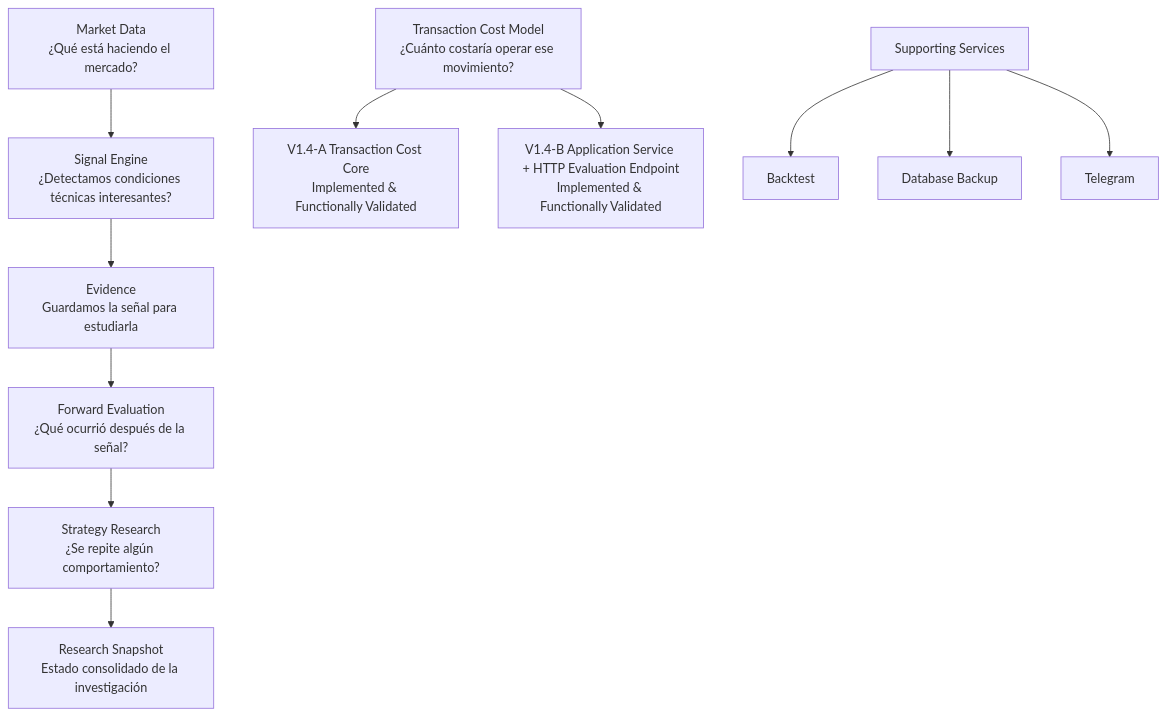
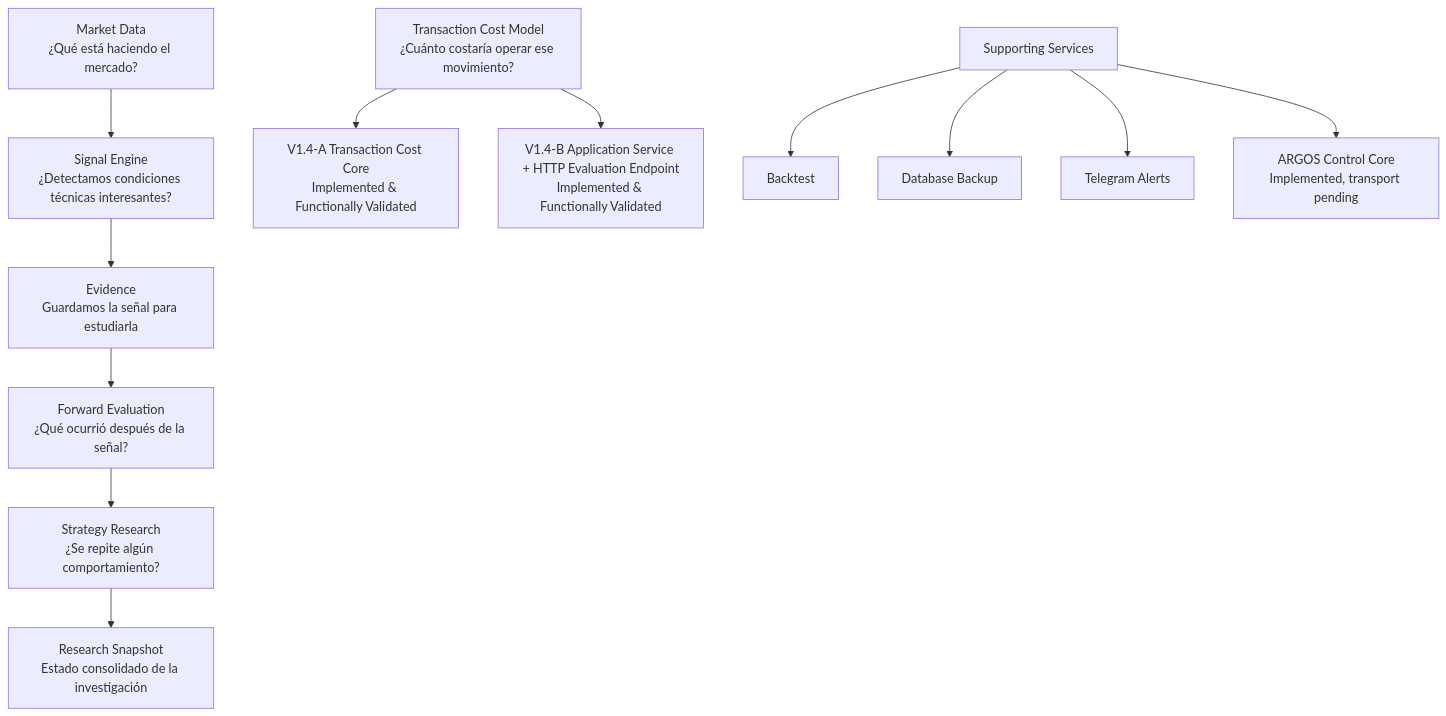
One commit to Alejandro-MOP/argos changed the first of 6 diagrams in docs/ARCHITECTURE.md. Above: the diagram before and after it, drawn with Mermaid. The commit also changed other lines of this file and 15 other files, not shown here.

Commit message:
feat: add telegram control core

````diff
--- a/docs/ARCHITECTURE.md
+++ b/docs/ARCHITECTURE.md
@@ -37,16 +37,17 @@
 ```mermaid
 flowchart TD
   A[Market Data<br/>¿Qué está haciendo el mercado?] --> B[Signal Engine<br/>¿Detectamos condiciones técnicas interesantes?]
   B --> C[Evidence<br/>Guardamos la señal para estudiarla]
   C --> D[Forward Evaluation<br/>¿Qué ocurrió después de la señal?]
   D --> E[Strategy Research<br/>¿Se repite algún comportamiento?]
   E --> F[Research Snapshot<br/>Estado consolidado de la investigación]
 
   G[Transaction Cost Model<br/>¿Cuánto costaría operar ese movimiento?]
   G --> H[V1.4-A Transaction Cost Core<br/>Implemented & Functionally Validated]
   G --> I[V1.4-B Application Service + HTTP Evaluation Endpoint<br/>Implemented & Functionally Validated]
 
   J[Supporting Services] --> K[Backtest]
   J --> L[Database Backup]
-  J --> M[Telegram]
+  J --> M[Telegram Alerts]
+  J --> N[ARGOS Control Core<br/>Implemented, transport pending]
 ```
````
